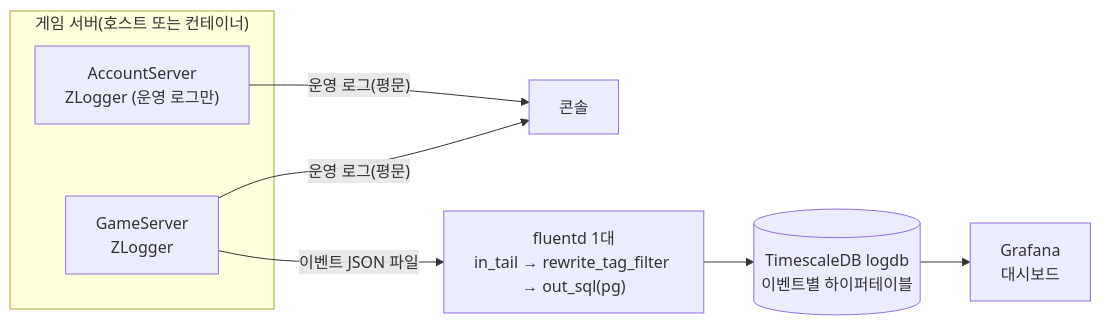
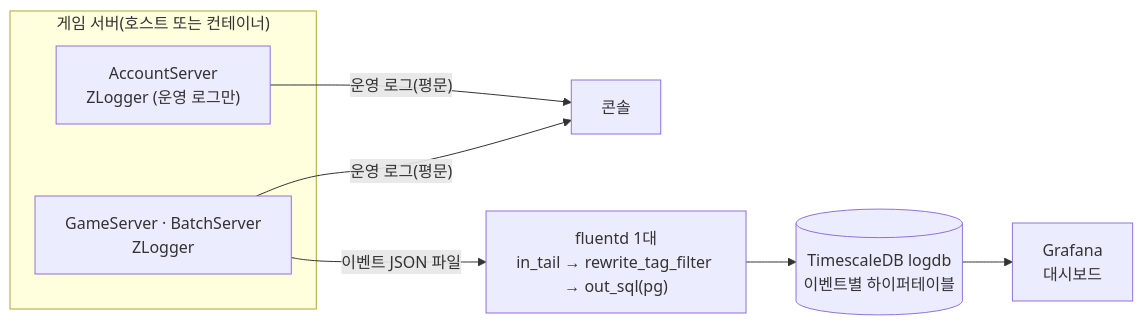
Before and after one commit to ks-wook/com2us-taskbar-hero: the first of 7 diagrams in docs/공통/로그-이벤트-정의.md, drawn with Mermaid. The commit also changed other lines of this file and 98 other files, not shown here.

````diff
--- a/docs/공통/로그-이벤트-정의.md
+++ b/docs/공통/로그-이벤트-정의.md
@@ -97,17 +97,17 @@
 ```mermaid
 flowchart LR
     subgraph APP["게임 서버(호스트 또는 컨테이너)"]
         A1["AccountServer<br/>ZLogger (운영 로그만)"]
-        A2["GameServer<br/>ZLogger"]
+        A2["GameServer · BatchServer<br/>ZLogger"]
     end
     C["콘솔"]
     FD["fluentd 1대<br/>in_tail → rewrite_tag_filter → out_sql(pg)"]
     D[("TimescaleDB logdb<br/>이벤트별 하이퍼테이블")]
     V["Grafana<br/>대시보드"]
 
     A1 -->|"운영 로그(평문)"| C
     A2 -->|"운영 로그(평문)"| C
     A2 -->|"이벤트 JSON 파일"| FD
     FD --> D
     D --> V
 ```
````
